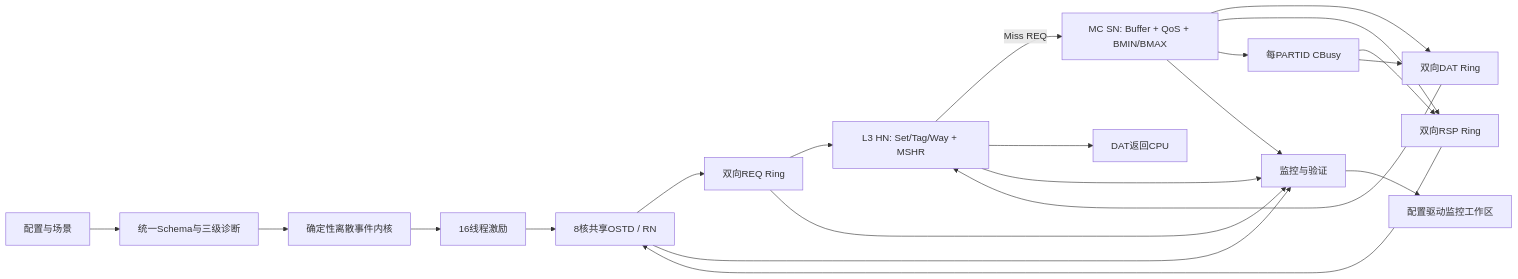
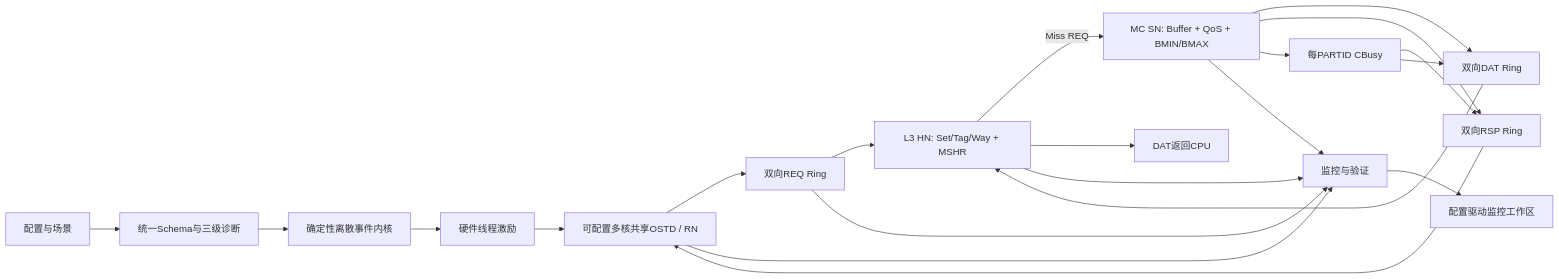
One commit to 6mproper/MPAMSim changed the diagram in docs/Current_Model_SPEC.md. Above: the diagram before and after it, drawn with Mermaid. The commit also changed other lines of this file and 25 other files, not shown here.

````diff
--- a/docs/Current_Model_SPEC.md
+++ b/docs/Current_Model_SPEC.md
@@ -189,23 +189,23 @@
 ```mermaid
 flowchart LR
     CFG["配置与场景"] --> VAL["统一Schema与三级诊断"]
     VAL --> K["确定性离散事件内核"]
-    K --> SRC["16线程激励"]
-    SRC --> CPU["8核共享OSTD / RN"]
+    K --> SRC["硬件线程激励"]
+    SRC --> CPU["可配置多核共享OSTD / RN"]
     CPU --> REQ["双向REQ Ring"]
     REQ --> L3["L3 HN: Set/Tag/Way + MSHR"]
     L3 -->|Miss REQ| MC["MC SN: Buffer + QoS + BMIN/BMAX"]
     MC --> DAT["双向DAT Ring"]
     DAT --> L3
     L3 --> DATCPU["DAT返回CPU"]
     MC --> RSP["双向RSP Ring"]
     RSP --> CPU
     MC --> CB["每PARTID CBusy"]
     CB --> RSP
     CB --> DAT
     CPU --> MON["监控与验证"]
     L3 --> MON
     MC --> MON
     REQ --> MON
     MON --> UI["配置驱动监控工作区"]
 ```
````
